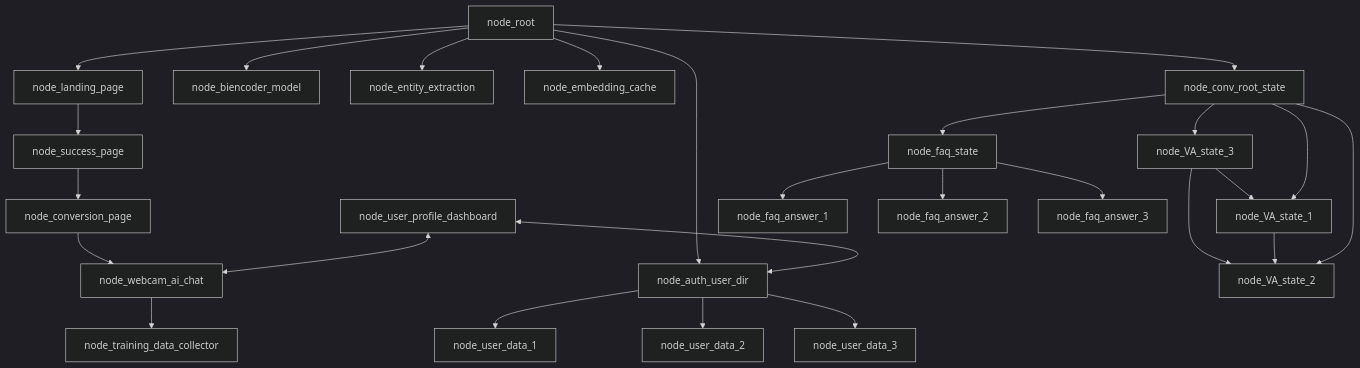
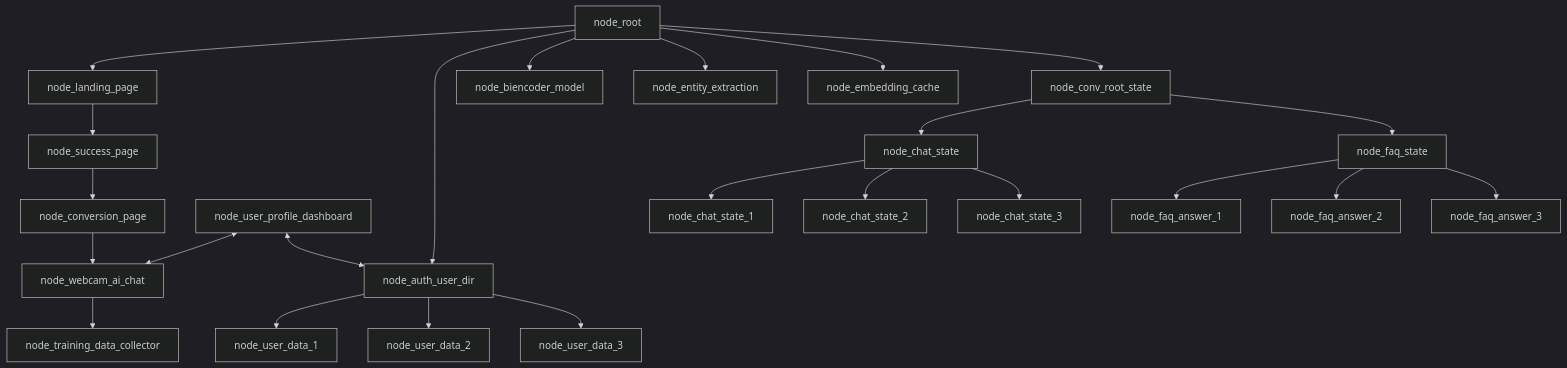
Before and after one commit to WrappedUsername/doggy-decoder-jac: the first of 2 diagrams in README.md, drawn with Mermaid (dark theme). The commit also changed 2 other files, not shown here.

Commit message:
Configuring files - Keefe

````diff
--- a/README.md
+++ b/README.md
@@ -19,28 +19,26 @@
 ```mermaid
 graph TD;
     node_root-->node_landing_page
     node_landing_page-->node_success_page
     node_success_page-->node_conversion_page
     node_conversion_page-->node_webcam_ai_chat
     node_user_profile_dashboard<-->node_webcam_ai_chat
     node_webcam_ai_chat-->node_training_data_collector
     node_root-->node_auth_user_dir
     node_root-->node_biencoder_model
     node_root-->node_entity_extraction
     node_root-->node_embedding_cache
     node_root-->node_conv_root_state
-    node_conv_root_state-->node_VA_state_3
-    node_VA_state_3-->node_VA_state_1
-    node_VA_state_3-->node_VA_state_2
-    node_VA_state_1-->node_VA_state_2
-    node_conv_root_state-->node_VA_state_1
-    node_conv_root_state-->node_VA_state_2
+    node_conv_root_state-->node_chat_state
+    node_chat_state-->node_chat_state_1
+    node_chat_state-->node_chat_state_2
+    node_chat_state-->node_chat_state_3
     node_conv_root_state-->node_faq_state
     node_faq_state-->node_faq_answer_1
     node_faq_state-->node_faq_answer_2
     node_faq_state-->node_faq_answer_3
     node_auth_user_dir-->node_user_data_1
     node_auth_user_dir-->node_user_data_2
     node_auth_user_dir-->node_user_data_3
     node_user_profile_dashboard<-->node_auth_user_dir
 ```
````
